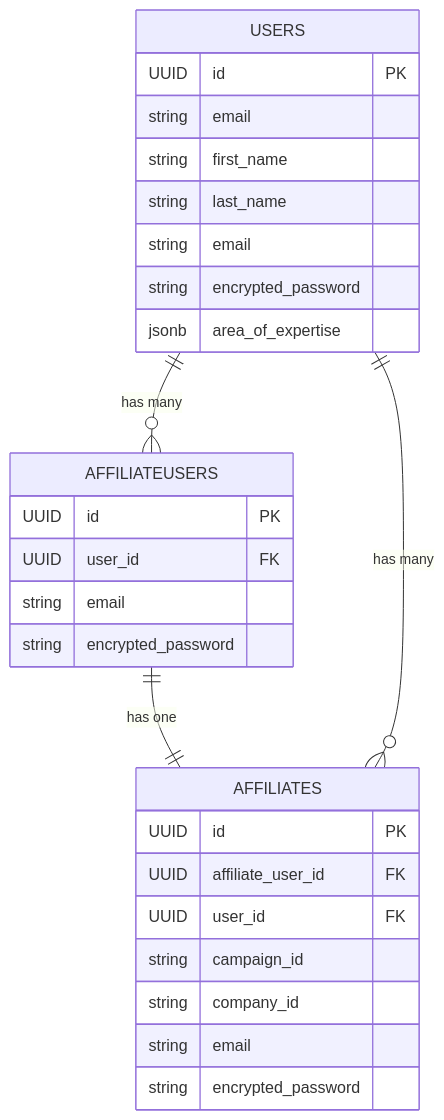
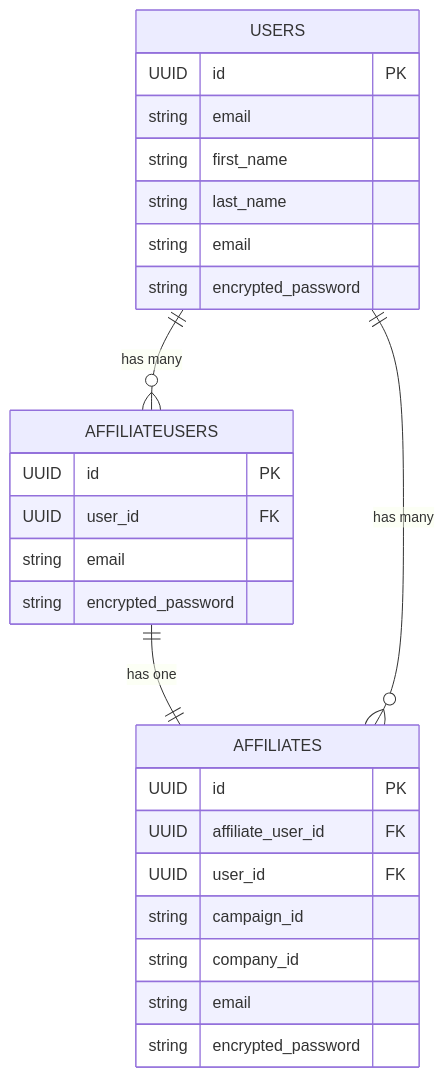
The first of 2 diagrams in 2_unified_user_accounts.md (abhiyaantrix/user-account-migration-plans), drawn with Mermaid before and after one commit. The commit also changed other lines of this file and 6 other files, not shown here.

````diff
--- a/2_unified_user_accounts.md
+++ b/2_unified_user_accounts.md
@@ -238,52 +218,51 @@
 ```mermaid
 erDiagram
     USERS {
       UUID id PK
       string email
       string first_name
       string last_name
       string email
       string encrypted_password
-      jsonb area_of_expertise
     }
 
     AFFILIATES {
       UUID id PK
       UUID affiliate_user_id FK
       UUID user_id FK
       string campaign_id
       string company_id
       string email
       string encrypted_password
     }
 
     AFFILIATEUSERS {
       UUID id PK
       UUID user_id FK
       string email
       string encrypted_password
     }
 
     %%REFERRALS {
     %%  UUID id PK
     %%  UUID affiliate_id FK
     %%}
 
     %%SALES {
     %%  UUID id PK
     %%  UUID referral_id FK
     %%}
 
     %%COMMISSIONS {
     %%  UUID id PK
     %%  UUID same_id FK
     %%}
 
 
     USERS ||--o{ AFFILIATEUSERS : "has many"
     AFFILIATEUSERS ||--|| AFFILIATES : "has one"
     USERS ||--o{ AFFILIATES : "has many"
     %%AFFILIATES ||--o{ REFERRALS : "has many"
     %%REFERRALS ||--o{ SALES : "has many"
     %%SALES ||--o{ COMMISSIONS : "has many"
 ```
````
